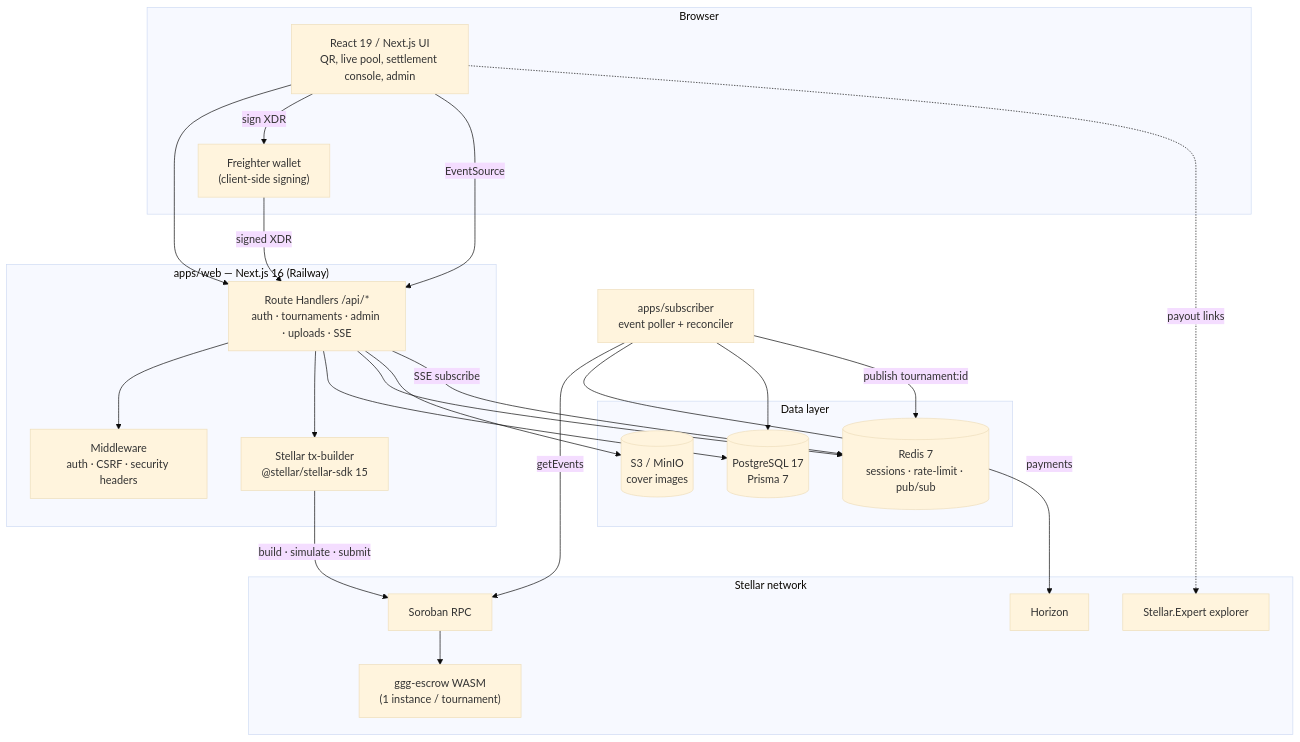
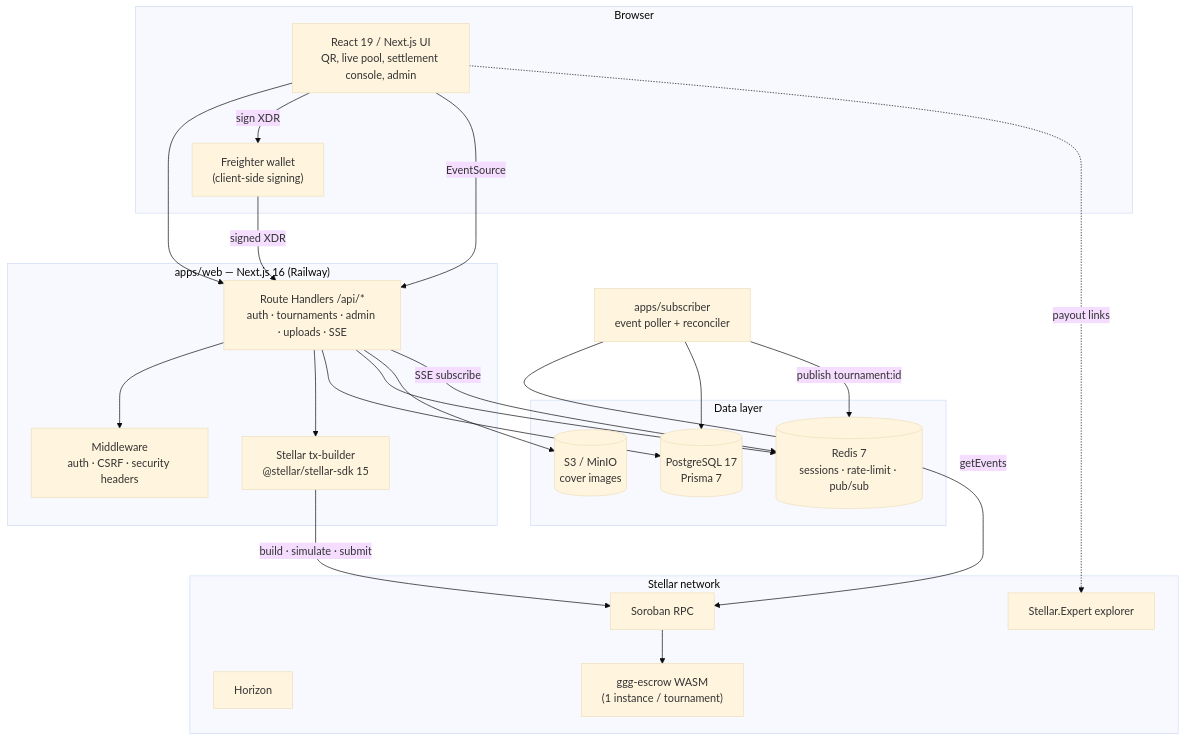
One commit to artisam-ggg/ggg changed the first of 4 diagrams in README.md. Above: the diagram before and after it, drawn with Mermaid (base theme). The commit also changed other lines of this file and 20 other files, not shown here.

````diff
--- a/README.md
+++ b/README.md
@@ -104,46 +104,45 @@
 ```mermaid
 flowchart TD
     subgraph Client["Browser"]
         UI["React 19 / Next.js UI<br/>QR, live pool, settlement console, admin"]
         FR["Freighter wallet<br/>(client-side signing)"]
     end
 
     subgraph Web["apps/web — Next.js 16 (Railway)"]
         RH["Route Handlers /api/*<br/>auth · tournaments · admin · uploads · SSE"]
         TX["Stellar tx-builder<br/>@stellar/stellar-sdk 15"]
         MW["Middleware<br/>auth · CSRF · security headers"]
     end
 
     subgraph Data["Data layer"]
         PG[("PostgreSQL 17<br/>Prisma 7")]
         RD[("Redis 7<br/>sessions · rate-limit · pub/sub")]
         S3[("S3 / MinIO<br/>cover images")]
     end
 
     SUB["apps/subscriber<br/>event poller + reconciler"]
 
     subgraph Stellar["Stellar network"]
         RPC["Soroban RPC"]
         HZ["Horizon"]
         ESC["ggg-escrow WASM<br/>(1 instance / tournament)"]
         EXP["Stellar.Expert explorer"]
     end
 
     UI --> RH
     UI -->|"sign XDR"| FR
     FR -->|"signed XDR"| RH
     RH --> MW
     RH --> TX
     RH --> PG
     RH --> RD
     RH --> S3
     TX -->|"build · simulate · submit"| RPC
     RPC --> ESC
     SUB -->|"getEvents"| RPC
-    SUB -->|"payments"| HZ
     SUB --> PG
     SUB -->|"publish tournament:id"| RD
     RH -->|"SSE subscribe"| RD
     UI -->|"EventSource"| RH
     UI -.->|"payout links"| EXP
 ```
````
